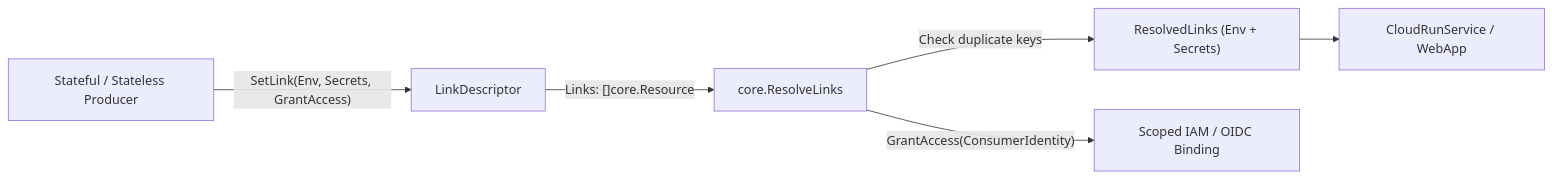
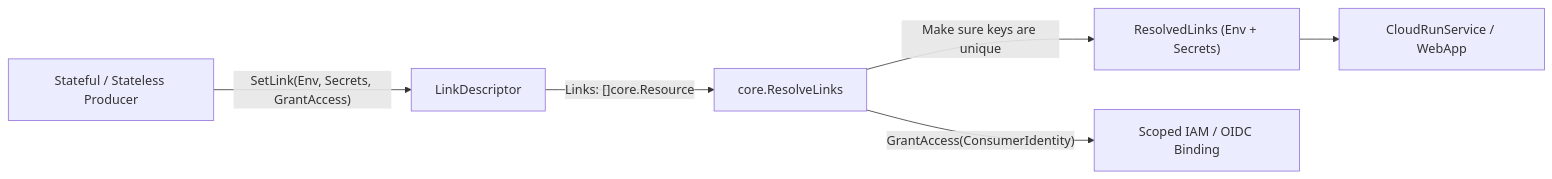
One commit to cloudvoyant/openbase changed the second of 2 diagrams in docs/architecture/resources.md. Above: the diagram before and after it, drawn with Mermaid. The commit also changed other lines of this file and 39 other files, not shown here.

````diff
--- a/docs/architecture/resources.md
+++ b/docs/architecture/resources.md
@@ -64,8 +55,8 @@
 ```mermaid
 flowchart LR
     Producer["Stateful / Stateless Producer"] -->|"SetLink(Env, Secrets, GrantAccess)"| Link["LinkDescriptor"]
     Link -->|"Links: []core.Resource"| Resolver["core.ResolveLinks"]
-    Resolver -->|"Check duplicate keys"| Merged["ResolvedLinks (Env + Secrets)"]
+    Resolver -->|"Make sure keys are unique"| Merged["ResolvedLinks (Env + Secrets)"]
     Resolver -->|"GrantAccess(ConsumerIdentity)"| IAM["Scoped IAM / OIDC Binding"]
     Merged --> Workload["CloudRunService / WebApp"]
 ```
````
